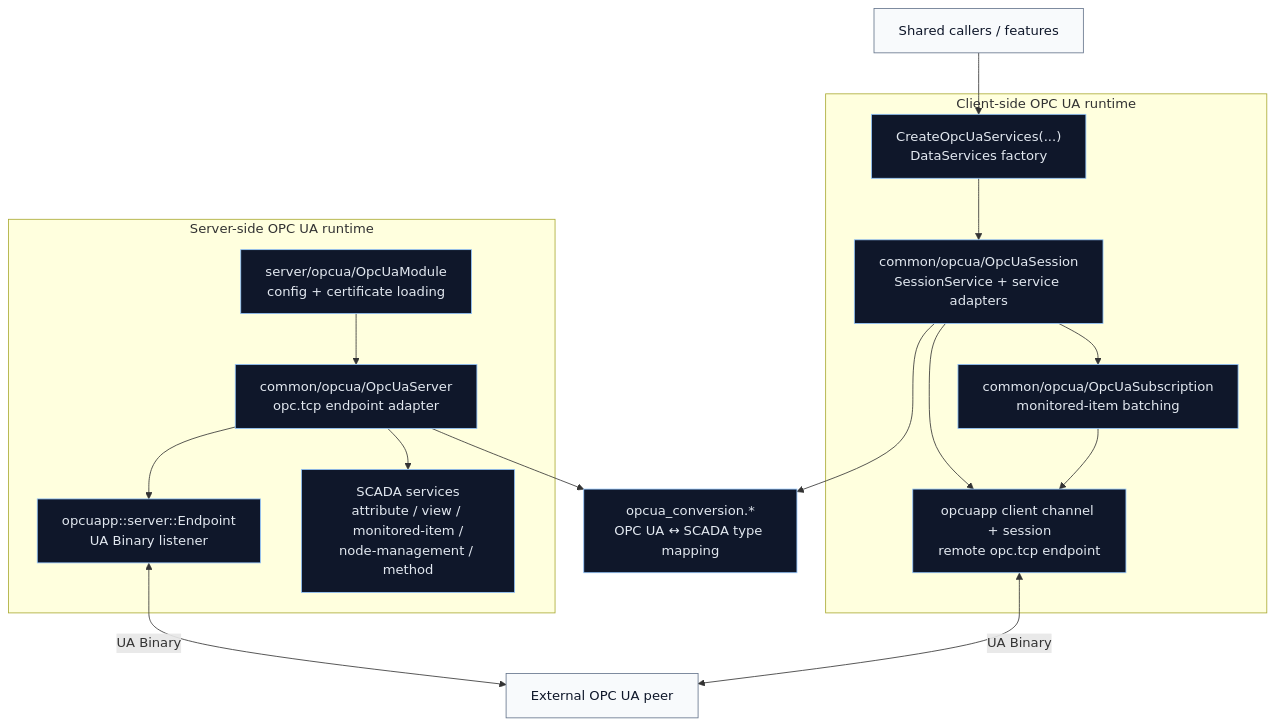
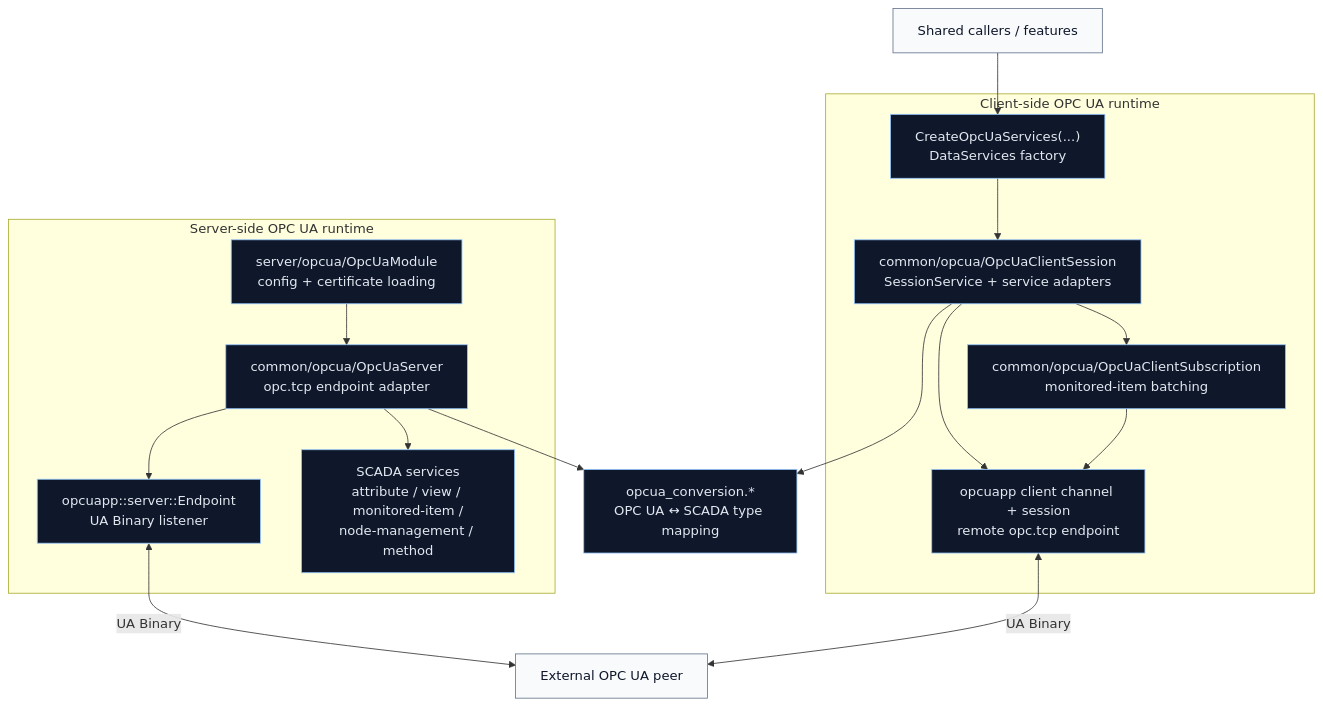
One commit to alexsmn/scada-common changed the diagram in docs/diagrams/opcua_module_overview.mmd. Above: the diagram before and after it, drawn with Mermaid. The commit also changed 199 other files, not shown here.

Commit message:
Rename OPC UA common files

```diff
--- a/docs/diagrams/opcua_module_overview.mmd
+++ b/docs/diagrams/opcua_module_overview.mmd
@@ -1,37 +1,37 @@
 flowchart TD
     subgraph ServerSide["Server-side OPC UA runtime"]
         Module["server/opcua/OpcUaModule<br/>config + certificate loading"]
         Server["common/opcua/OpcUaServer<br/>opc.tcp endpoint adapter"]
         Endpoint["opcuapp::server::Endpoint<br/>UA Binary listener"]
         Services["SCADA services<br/>attribute / view / monitored-item /<br/>node-management / method"]
     end
 
     subgraph ClientSide["Client-side OPC UA runtime"]
         Factory["CreateOpcUaServices(...)<br/>DataServices factory"]
-        Session["common/opcua/OpcUaSession<br/>SessionService + service adapters"]
-        Subscription["common/opcua/OpcUaSubscription<br/>monitored-item batching"]
+        Session["common/opcua/OpcUaClientSession<br/>SessionService + service adapters"]
+        Subscription["common/opcua/OpcUaClientSubscription<br/>monitored-item batching"]
         Channel["opcuapp client channel + session<br/>remote opc.tcp endpoint"]
     end
 
     Conversion["opcua_conversion.*<br/>OPC UA ↔ SCADA type mapping"]
     Client["Shared callers / features"]
     UaPeer["External OPC UA peer"]
 
     Module --> Server
     Server --> Endpoint
     Server --> Services
     Server --> Conversion
     Endpoint <-->|UA Binary| UaPeer
 
     Client --> Factory
     Factory --> Session
     Session --> Channel
     Session --> Subscription
     Session --> Conversion
     Subscription --> Channel
     Channel <-->|UA Binary| UaPeer
 
     classDef runtime fill:#0f172a,stroke:#93c5fd,color:#e2e8f0
     classDef external fill:#f8fafc,stroke:#64748b,color:#0f172a
     class Module,Server,Endpoint,Services,Factory,Session,Subscription,Channel,Conversion runtime
     class Client,UaPeer external
```
